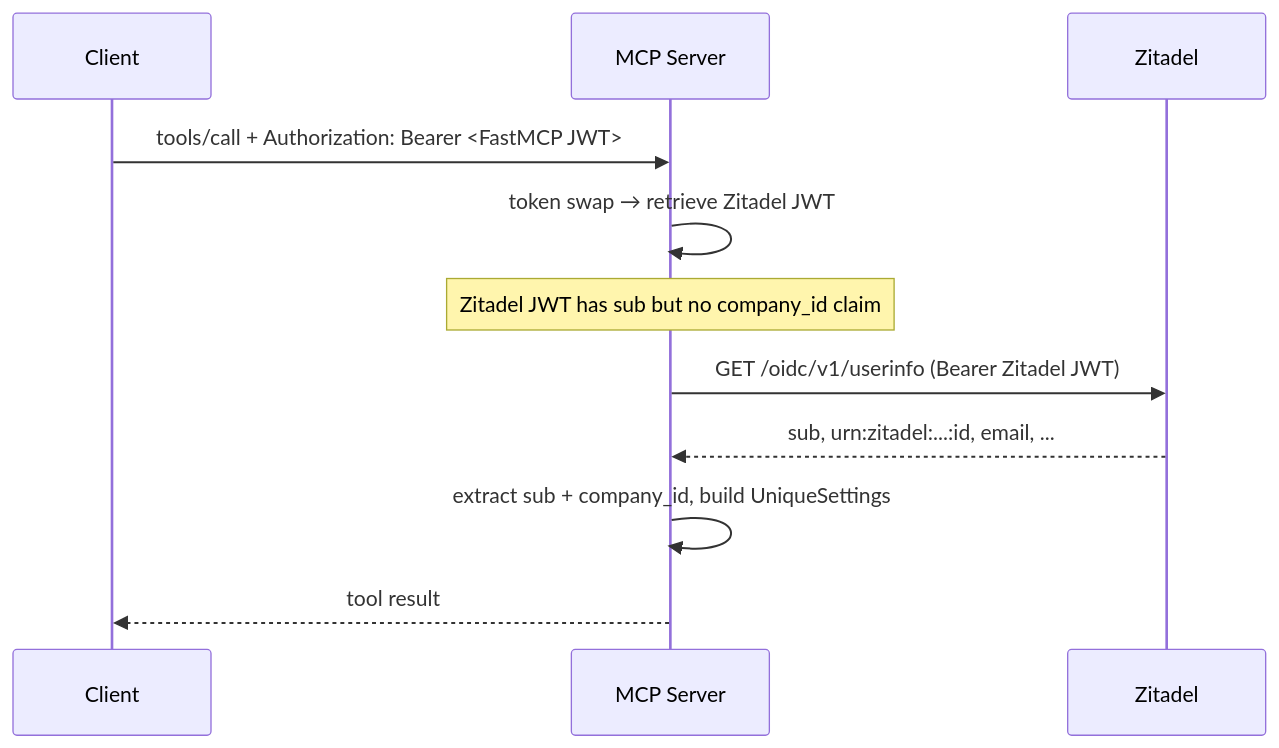
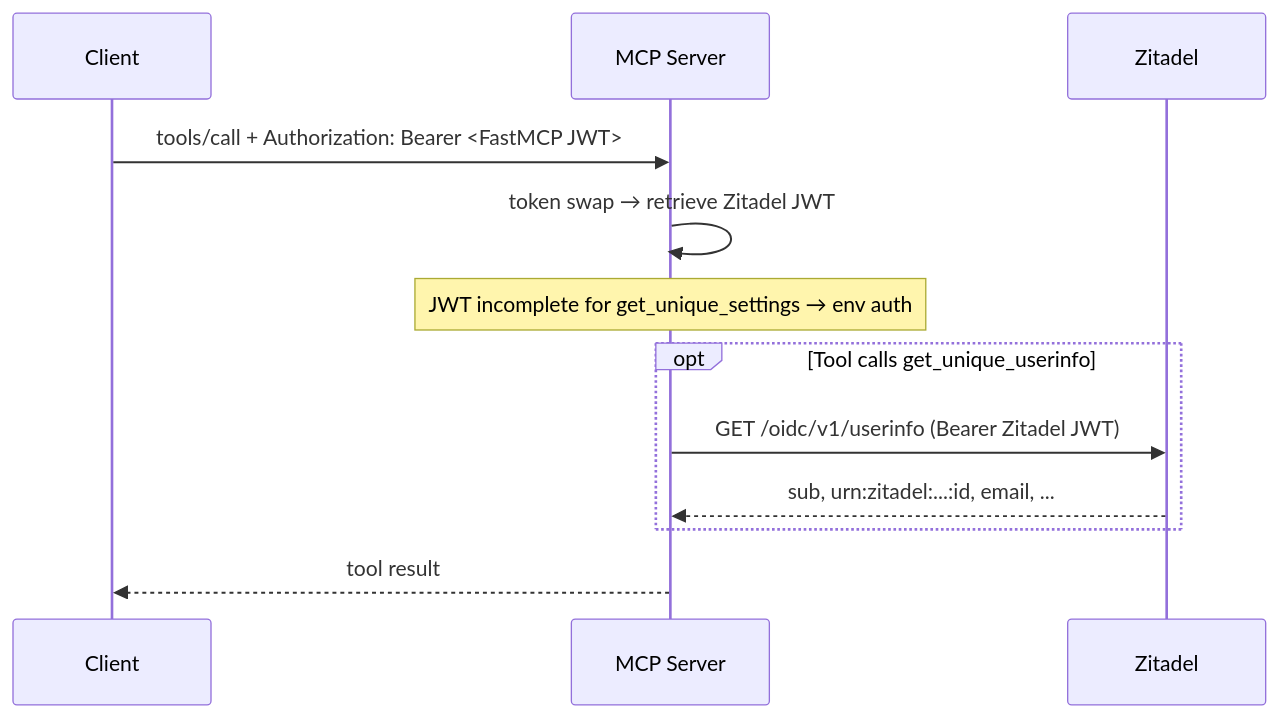
The third of 4 diagrams in unique_mcp/README.md (Unique-AG/ai), drawn with Mermaid before and after one commit. The commit also changed other lines of this file and 17 other files, not shown here.

Commit message:
fix(mcp): Update how mcp obtains settings

````diff
--- a/unique_mcp/README.md
+++ b/unique_mcp/README.md
@@ -136,14 +146,15 @@
 ```mermaid
 sequenceDiagram
     participant Client
     participant MCP as MCP Server
     participant Zitadel
 
     Client->>MCP: tools/call + Authorization: Bearer <FastMCP JWT>
     MCP->>MCP: token swap → retrieve Zitadel JWT
-    Note over MCP: Zitadel JWT has sub but no company_id claim
-    MCP->>Zitadel: GET /oidc/v1/userinfo (Bearer Zitadel JWT)
-    Zitadel-->>MCP: sub, urn:zitadel:...:id, email, ...
-    MCP->>MCP: extract sub + company_id, build UniqueSettings
+    Note over MCP: JWT incomplete for get_unique_settings → env auth
+    opt Tool calls get_unique_userinfo
+        MCP->>Zitadel: GET /oidc/v1/userinfo (Bearer Zitadel JWT)
+        Zitadel-->>MCP: sub, urn:zitadel:...:id, email, ...
+    end
     MCP-->>Client: tool result
 ```
````
